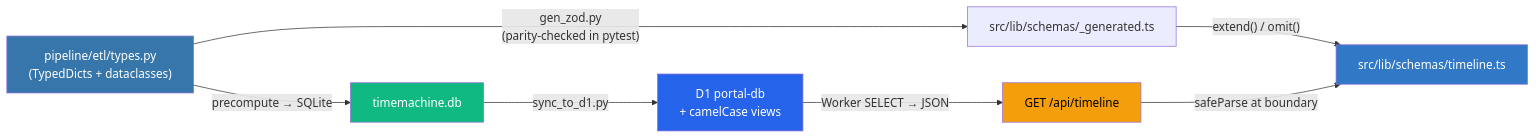
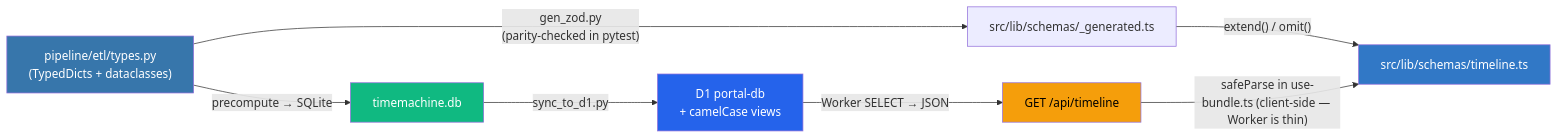
The third of 3 diagrams in README.md (Guoyuer/portal), drawn with Mermaid before and after one commit. The commit also changed other lines of this file and 6 other files, not shown here.

````diff
--- a/README.md
+++ b/README.md
@@ -229,15 +246,15 @@
 ```mermaid
 graph LR
     PY["pipeline/etl/types.py<br/>(TypedDicts + dataclasses)"] -->|"gen_zod.py<br/>(parity-checked in pytest)"| GEN["src/lib/schemas/_generated.ts"]
     PY -->|"precompute → SQLite"| DB["timemachine.db"]
     DB -->|"sync_to_d1.py"| D1["D1 portal-db<br/>+ camelCase views"]
     D1 -->|"Worker SELECT → JSON"| JSON["GET /api/timeline"]
     GEN -->|"extend() / omit()"| TS["src/lib/schemas/timeline.ts"]
-    JSON -->|"safeParse at boundary"| TS
+    JSON -->|"safeParse in use-bundle.ts (client-side — Worker is thin)"| TS
 
     style PY fill:#3776ab,color:#fff
     style DB fill:#10b981,color:#fff
     style D1 fill:#2563eb,color:#fff
     style JSON fill:#f59e0b,color:#000
     style TS fill:#3178c6,color:#fff
 ```
````
